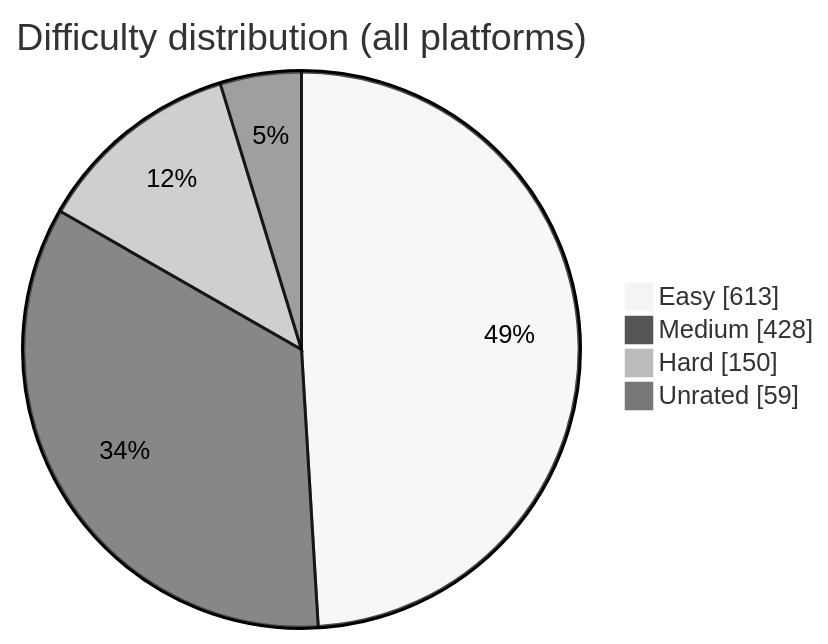
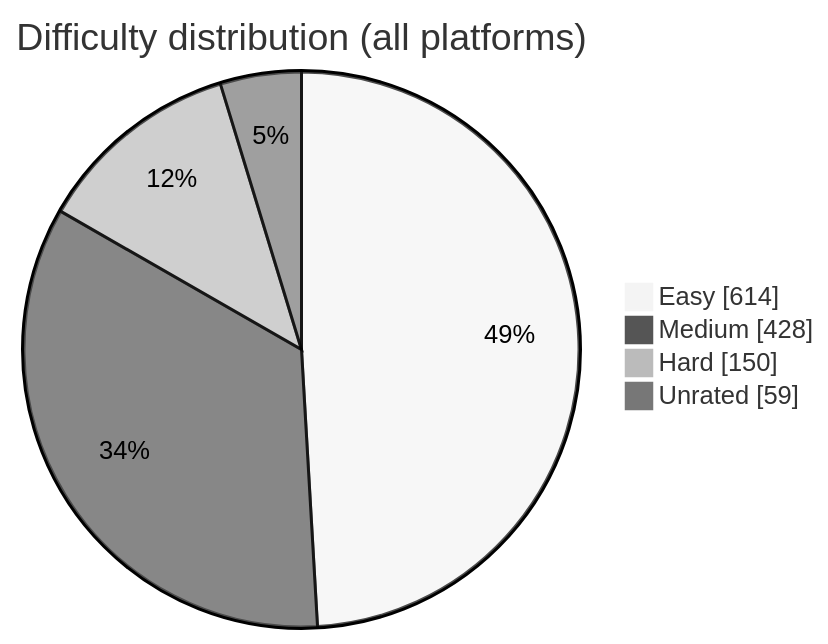
The diagram in README.md (BuildbyArindam/Daily-Coding-Log), drawn with Mermaid (neutral theme) before and after one commit. The commit also changed other lines of this file, not shown here.

````diff
--- a/README.md
+++ b/README.md
@@ -93,7 +93,7 @@
 ```mermaid
 pie showData title Difficulty distribution (all platforms)
-    "Easy" : 613
+    "Easy" : 614
     "Medium" : 428
     "Hard" : 150
     "Unrated" : 59
 ```
````
